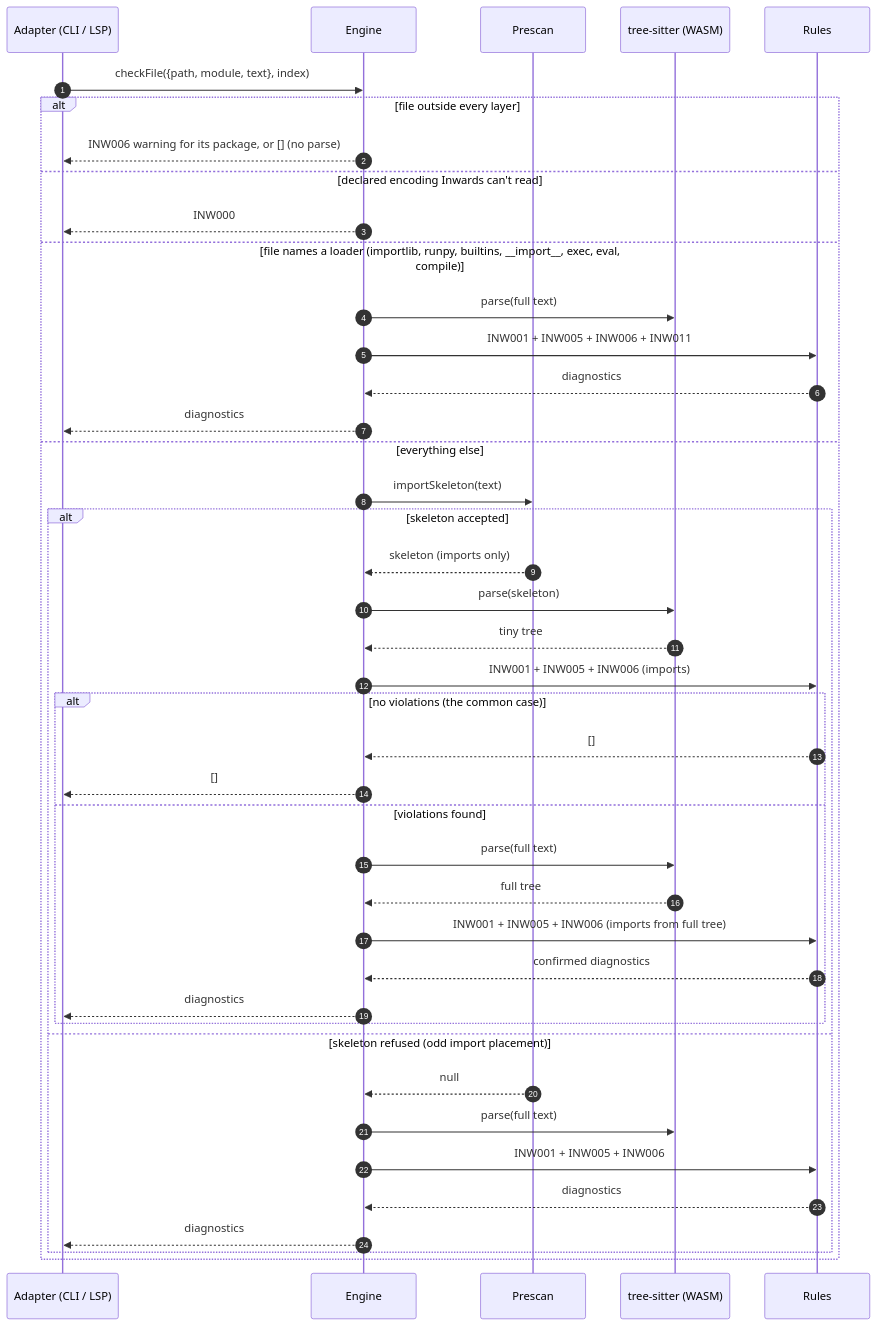
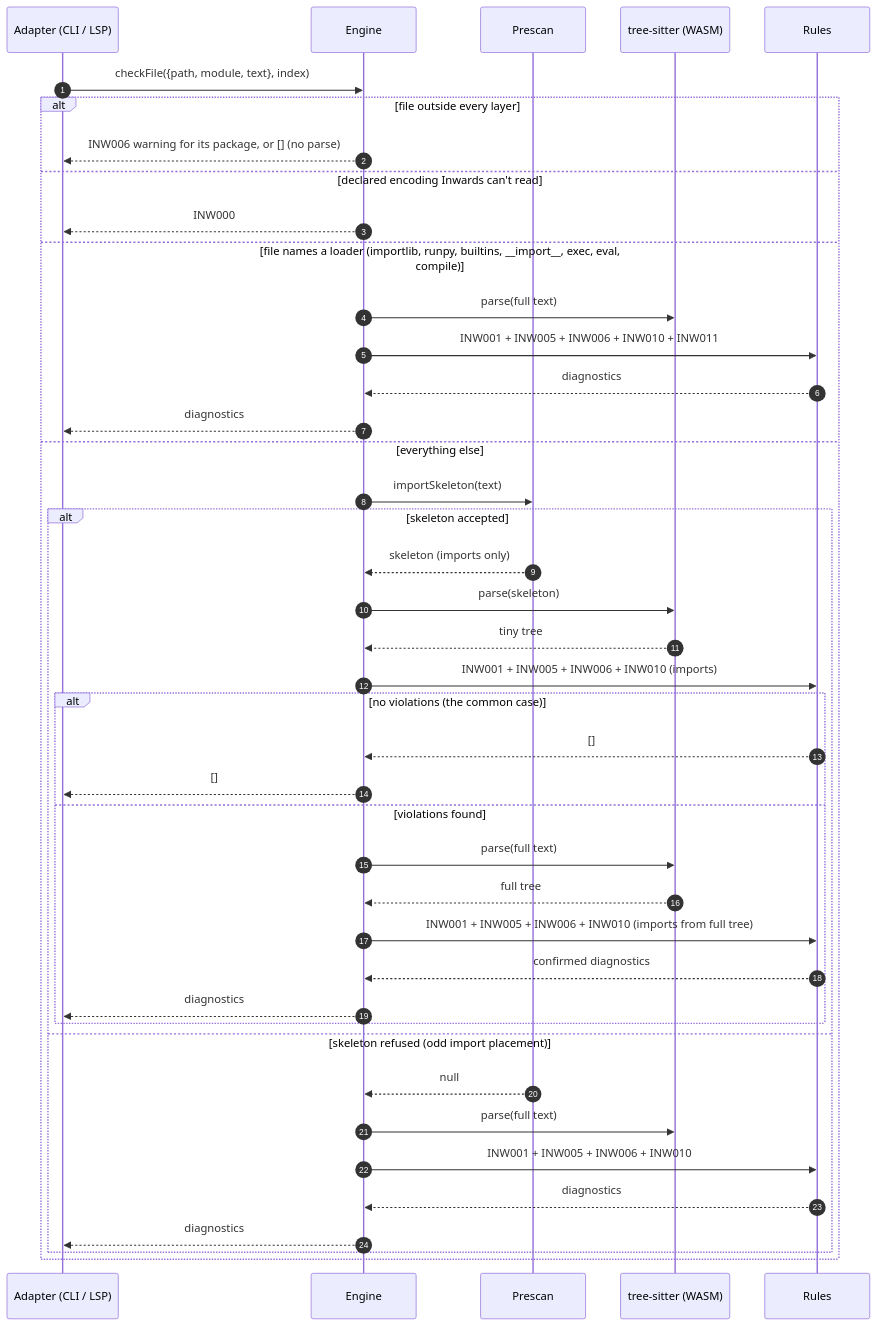
One commit to SirCypkowskyy/inwards changed the fourth of 6 diagrams in docs/chapters/03-Architecture-C4.md. Above: the diagram before and after it, drawn with Mermaid. The commit also changed other lines of this file and 33 other files, not shown here.

First line of the commit message:
feat(rules)!: add INW010 to flag imports of first-party modules that don't exist

````diff
--- a/docs/chapters/03-Architecture-C4.md
+++ b/docs/chapters/03-Architecture-C4.md
@@ -147,45 +147,45 @@
 ```mermaid
 sequenceDiagram
     autonumber
     participant A as Adapter (CLI / LSP)
     participant E as Engine
     participant P as Prescan
     participant T as tree-sitter (WASM)
     participant R as Rules
 
     A->>E: checkFile({path, module, text}, index)
     alt file outside every layer
         E-->>A: INW006 warning for its package, or [] (no parse)
     else declared encoding Inwards can't read
         E-->>A: INW000
     else file names a loader (importlib, runpy, builtins, __import__, exec, eval, compile)
         E->>T: parse(full text)
-        E->>R: INW001 + INW005 + INW006 + INW011
+        E->>R: INW001 + INW005 + INW006 + INW010 + INW011
         R-->>E: diagnostics
         E-->>A: diagnostics
     else everything else
         E->>P: importSkeleton(text)
         alt skeleton accepted
             P-->>E: skeleton (imports only)
             E->>T: parse(skeleton)
             T-->>E: tiny tree
-            E->>R: INW001 + INW005 + INW006 (imports)
+            E->>R: INW001 + INW005 + INW006 + INW010 (imports)
             alt no violations (the common case)
                 R-->>E: []
                 E-->>A: []
             else violations found
                 E->>T: parse(full text)
                 T-->>E: full tree
-                E->>R: INW001 + INW005 + INW006 (imports from full tree)
+                E->>R: INW001 + INW005 + INW006 + INW010 (imports from full tree)
                 R-->>E: confirmed diagnostics
                 E-->>A: diagnostics
             end
         else skeleton refused (odd import placement)
             P-->>E: null
             E->>T: parse(full text)
-            E->>R: INW001 + INW005 + INW006
+            E->>R: INW001 + INW005 + INW006 + INW010
             R-->>E: diagnostics
             E-->>A: diagnostics
         end
     end
 ```
````
